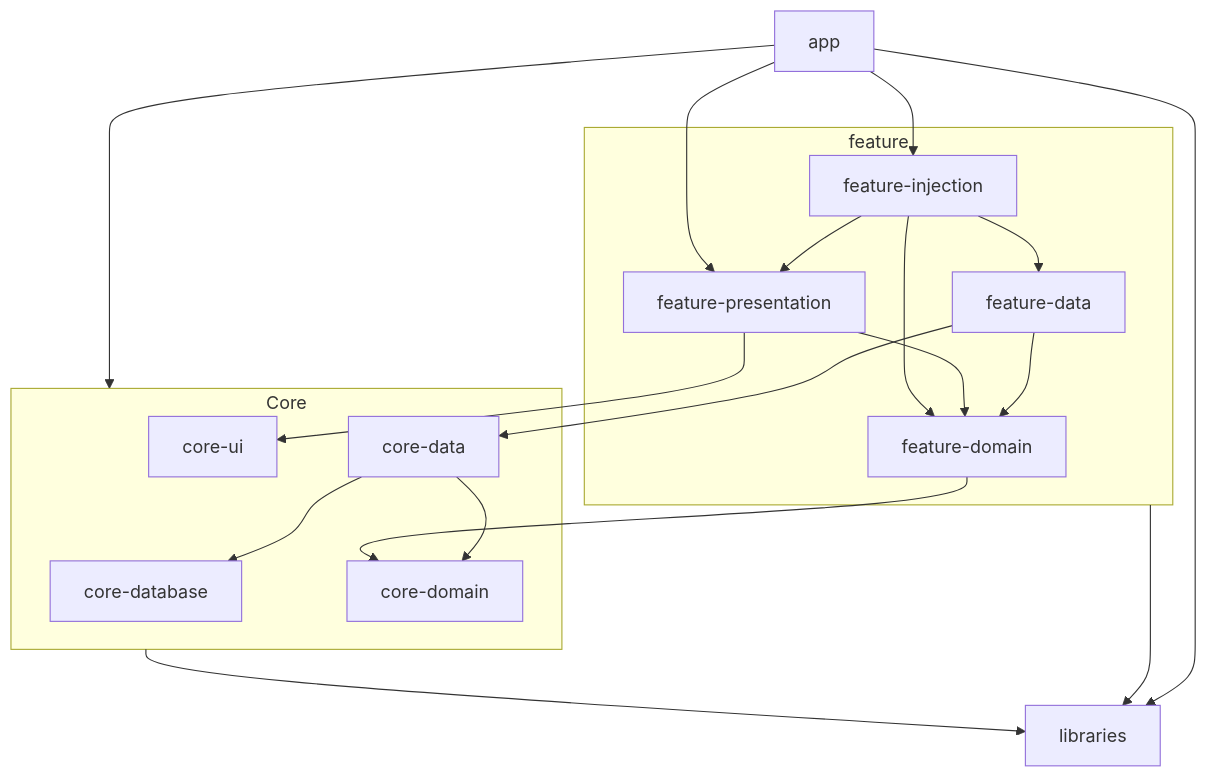
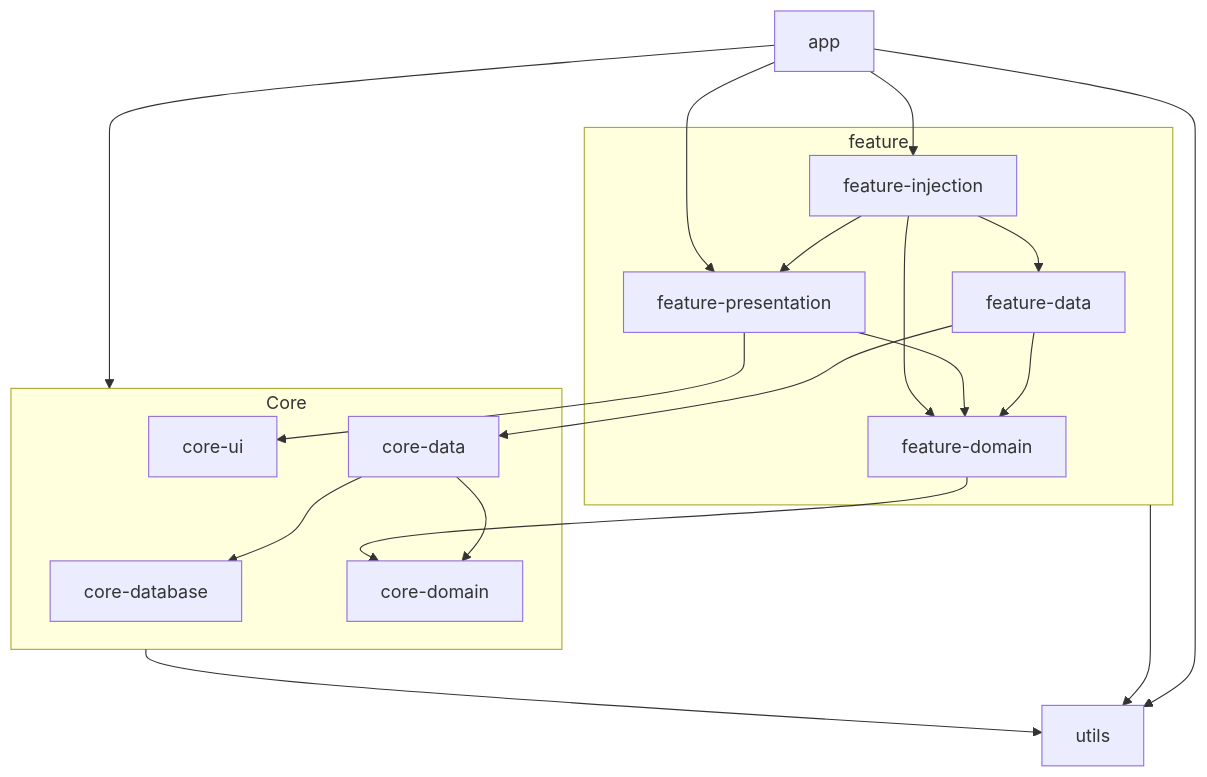
Before and after one commit to mutkuensert/MovieDb-Light: the diagram in README.md, drawn with Mermaid. The commit also changed other lines of this file and 30 other files, not shown here.

````diff
--- a/README.md
+++ b/README.md
@@ -26,45 +26,45 @@
 ```mermaid
 graph TD
 
     App[app]
-    Libraries[libraries]
+    Utils[utils]
 
     subgraph Core[Core]
         C1[core-database]
         C2[core-data]
         C3[core-domain]
         C4[core-ui]
     end
 
     subgraph Feature[feature]
         F1[feature-data]
         F2[feature-domain]
         F3[feature-presentation]
         F4[feature-injection]
     end
 
 %% Libraries module dependencies
-    Feature --> Libraries
-    Core --> Libraries
-    App --> Libraries
+    Feature --> Utils
+    Core --> Utils
+    App --> Utils
 
 %% Core module dependencies
     C2 --> C1
     C2 --> C3
 
 %% Feature module dependencies
     F1 --> C2
     F2 --> C3
     F3 --> C4
     F1 --> F2
     F3 --> F2
     F4 --> F1
     F4 --> F2
     F4 --> F3
 
 %% App dependencies
     App --> Core
     App --> F3
     App --> F4
 
 ```
````
